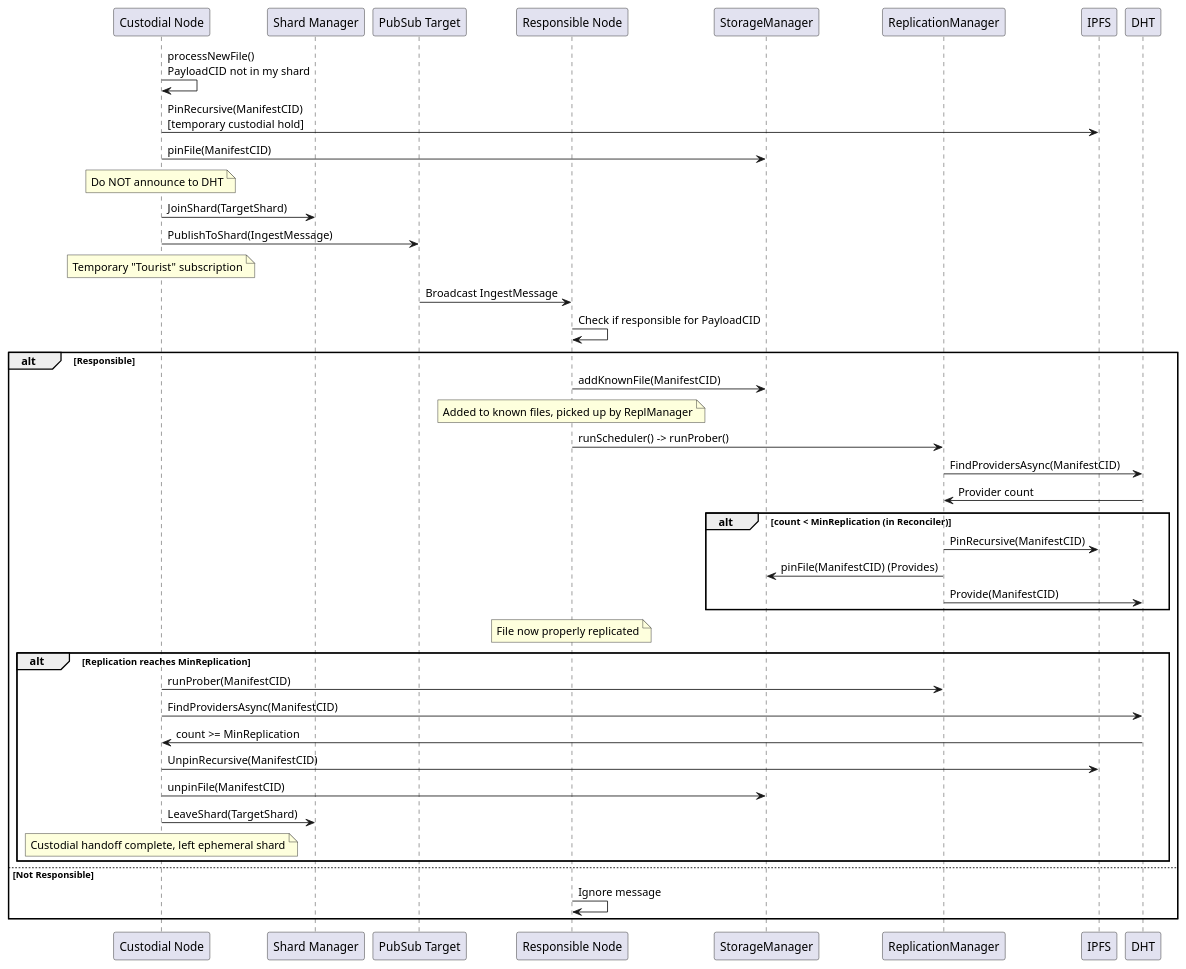
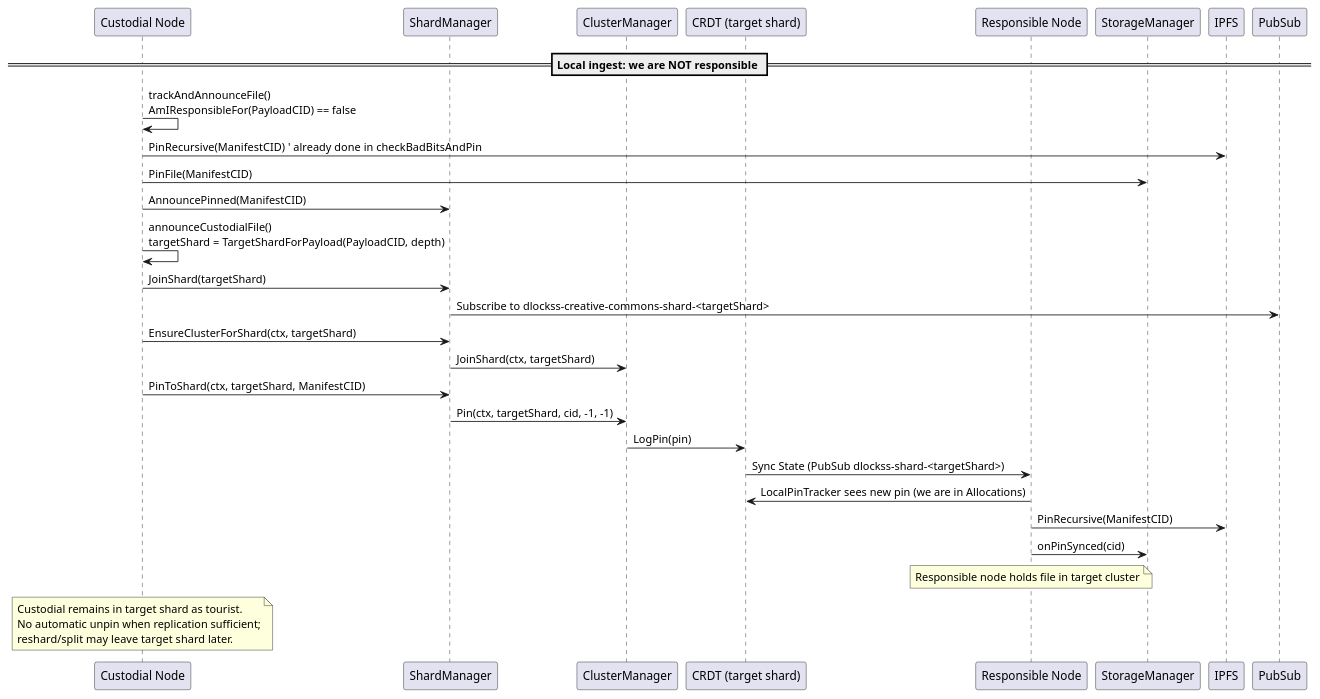
Before and after one commit to gipplab/D-LOCKSS: the diagram in docs/custodial_handoff_sequence.puml, drawn with PlantUML. The commit also changed 65 other files, not shown here.

```diff
--- a/docs/custodial_handoff_sequence.puml
+++ b/docs/custodial_handoff_sequence.puml
@@ -1,52 +1,36 @@
 @startuml Custodial Handoff Sequence (Tourist Pattern)
 
 participant "Custodial Node" as Custodial
-participant "Shard Manager" as ShardMgr
-participant "PubSub Target" as PubSub
+participant "ShardManager" as ShardMgr
+participant "ClusterManager" as ClusterMgr
+participant "CRDT (target shard)" as CRDT
 participant "Responsible Node" as Responsible
 participant "StorageManager" as Storage
-participant "ReplicationManager" as ReplMgr
 participant "IPFS" as IPFS
-participant "DHT" as DHT
+participant "PubSub" as PubSub
 
-Custodial -> Custodial: processNewFile()\nPayloadCID not in my shard
-Custodial -> IPFS: PinRecursive(ManifestCID)\n[temporary custodial hold]
-Custodial -> Storage: pinFile(ManifestCID)
-Note over Custodial: Do NOT announce to DHT
+== Local ingest: we are NOT responsible ==
 
-Custodial -> ShardMgr: JoinShard(TargetShard)
-Custodial -> PubSub: PublishToShard(IngestMessage)
-Note over Custodial: Temporary "Tourist" subscription
+Custodial -> Custodial: trackAndAnnounceFile()\nAmIResponsibleFor(PayloadCID) == false
+Custodial -> IPFS: PinRecursive(ManifestCID)  ' already done in checkBadBitsAndPin
+Custodial -> Storage: PinFile(ManifestCID)
+Custodial -> ShardMgr: AnnouncePinned(ManifestCID)
 
-PubSub -> Responsible: Broadcast IngestMessage
-Responsible -> Responsible: Check if responsible for PayloadCID
+Custodial -> Custodial: announceCustodialFile()\ntargetShard = TargetShardForPayload(PayloadCID, depth)
+Custodial -> ShardMgr: JoinShard(targetShard)
+ShardMgr -> PubSub: Subscribe to dlockss-creative-commons-shard-<targetShard>
+Custodial -> ShardMgr: EnsureClusterForShard(ctx, targetShard)
+ShardMgr -> ClusterMgr: JoinShard(ctx, targetShard)
+Custodial -> ShardMgr: PinToShard(ctx, targetShard, ManifestCID)
+ShardMgr -> ClusterMgr: Pin(ctx, targetShard, cid, -1, -1)
+ClusterMgr -> CRDT: LogPin(pin)
+CRDT -> Responsible: Sync State (PubSub dlockss-shard-<targetShard>)
 
-alt Responsible
-    Responsible -> Storage: addKnownFile(ManifestCID)
-    Note over Responsible: Added to known files, picked up by ReplManager
-    Responsible -> ReplMgr: runScheduler() -> runProber()
-    ReplMgr -> DHT: FindProvidersAsync(ManifestCID)
-    DHT -> ReplMgr: Provider count
-    
-    alt count < MinReplication (in Reconciler)
-        ReplMgr -> IPFS: PinRecursive(ManifestCID)
-        ReplMgr -> Storage: pinFile(ManifestCID) (Provides)
-        ReplMgr -> DHT: Provide(ManifestCID)
-    end
-    
-    Note over Responsible: File now properly replicated
-    
-    alt Replication reaches MinReplication
-        Custodial -> ReplMgr: runProber(ManifestCID)
-        Custodial -> DHT: FindProvidersAsync(ManifestCID)
-        DHT -> Custodial: count >= MinReplication
-        Custodial -> IPFS: UnpinRecursive(ManifestCID)
-        Custodial -> Storage: unpinFile(ManifestCID)
-        Custodial -> ShardMgr: LeaveShard(TargetShard)
-        Note over Custodial: Custodial handoff complete, left ephemeral shard
-    end
-else Not Responsible
-    Responsible -> Responsible: Ignore message
-end
+Responsible -> CRDT: LocalPinTracker sees new pin (we are in Allocations)
+Responsible -> IPFS: PinRecursive(ManifestCID)
+Responsible -> Storage: onPinSynced(cid)
+Note over Responsible: Responsible node holds file in target cluster
+
+Note over Custodial: Custodial remains in target shard as tourist.\nNo automatic unpin when replication sufficient;\nreshard/split may leave target shard later.
 
 @enduml
```
